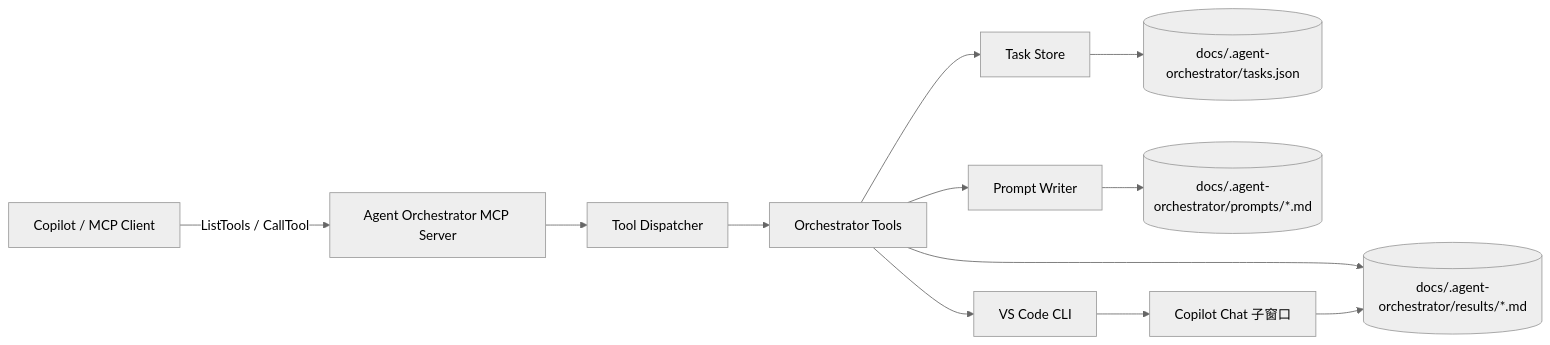
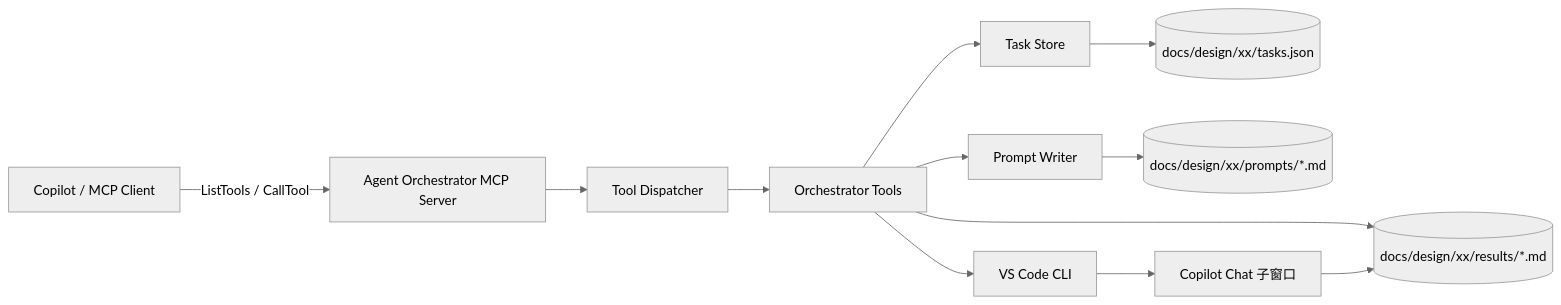
The first of 2 diagrams in front/mcp/agent-orchestrator-mcp/README.md (TomorrowLM/lm-ai-future), drawn with Mermaid (neutral theme) before and after one commit. The commit also changed other lines of this file and 5 other files, not shown here.

Commit message:
refactor(mcp): 将任务存储从 .agent-orchestrator 重构为 docs/design|prod 需求目录结构

````diff
--- a/front/mcp/agent-orchestrator-mcp/README.md
+++ b/front/mcp/agent-orchestrator-mcp/README.md
@@ -27,14 +27,14 @@
 ```mermaid
 flowchart LR
 	Client[Copilot / MCP Client] -->|ListTools / CallTool| MCP[Agent Orchestrator MCP Server]
 	MCP --> Dispatcher[Tool Dispatcher]
 	Dispatcher --> Orchestrator[Orchestrator Tools]
 	Orchestrator --> Store[Task Store]
 	Orchestrator --> Prompt[Prompt Writer]
 	Orchestrator --> CodeCLI[VS Code CLI]
-	Store --> Json[(docs/.agent-orchestrator/tasks.json)]
-	Prompt --> PromptFiles[(docs/.agent-orchestrator/prompts/*.md)]
-	Orchestrator --> ResultFiles[(docs/.agent-orchestrator/results/*.md)]
+	Store --> Json[(docs/design/xx/tasks.json)]
+	Prompt --> PromptFiles[(docs/design/xx/prompts/*.md)]
+	Orchestrator --> ResultFiles[(docs/design/xx/results/*.md)]
 	CodeCLI --> SubChat[Copilot Chat 子窗口]
 	SubChat --> ResultFiles
 ```
````
